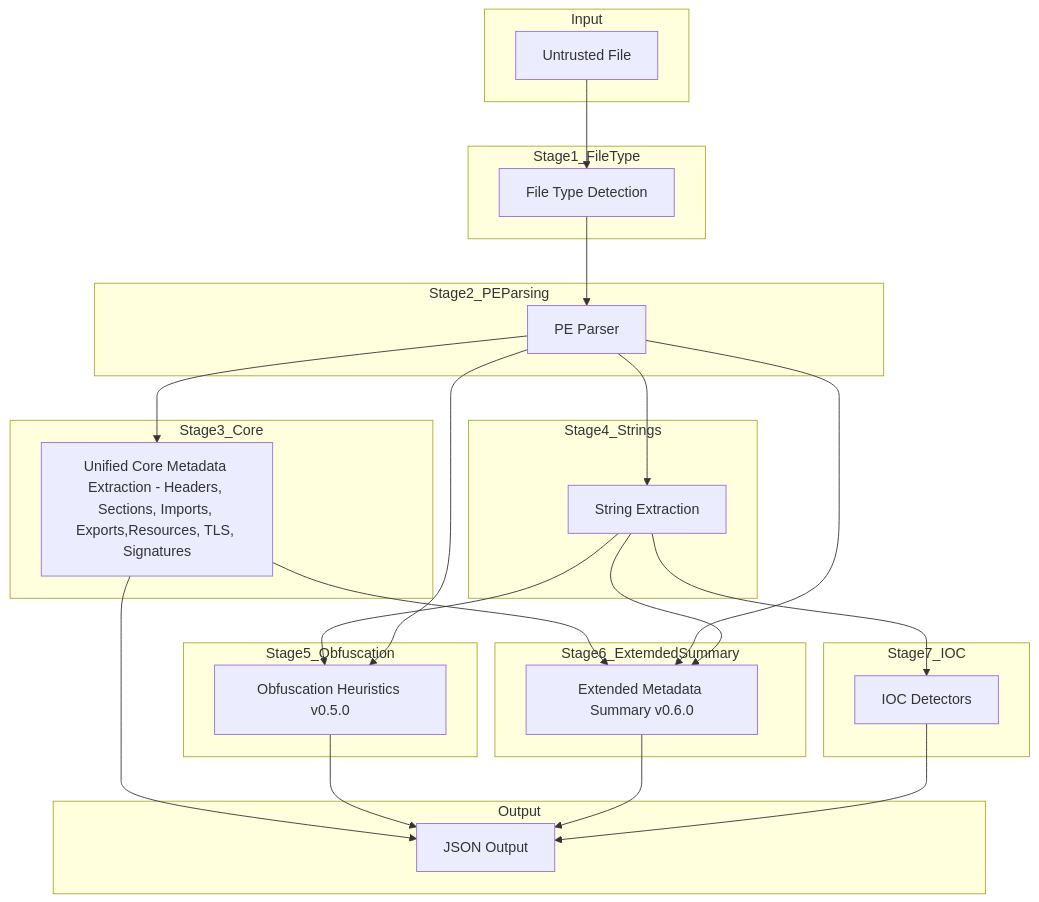
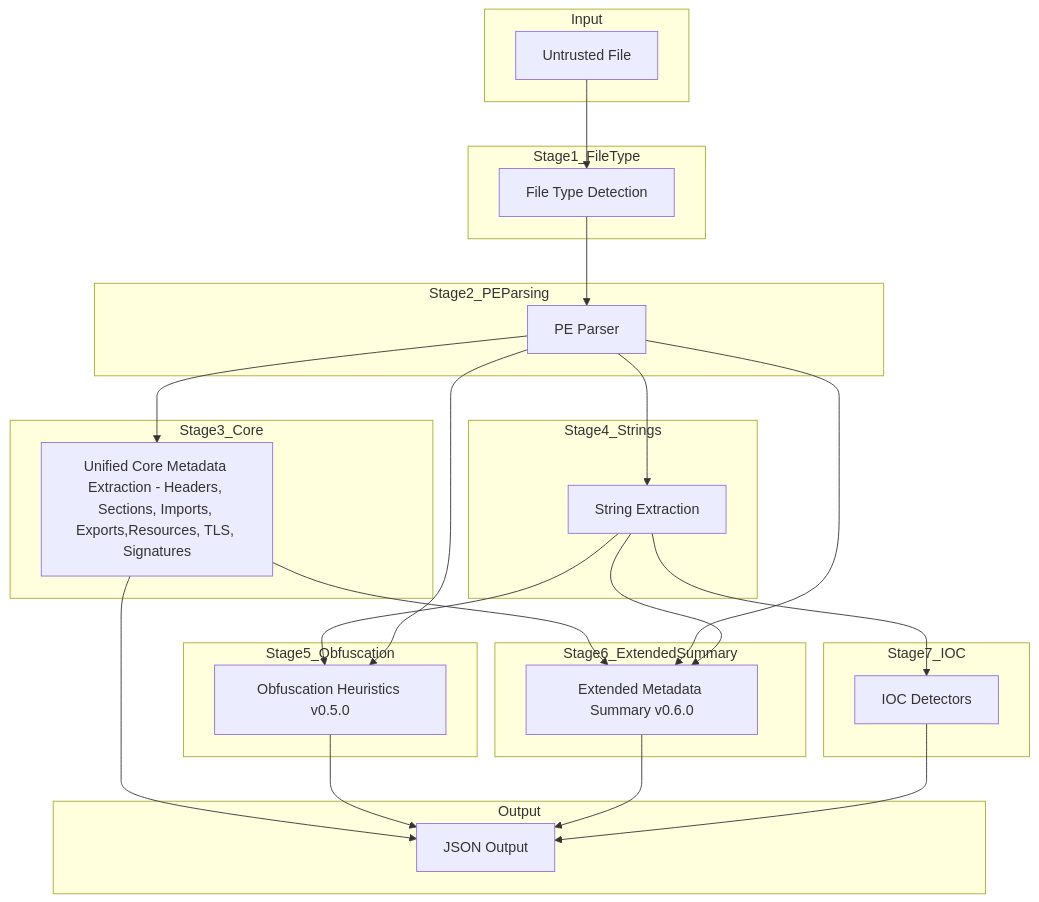
Before and after one commit to iocx-dev/iocx: the diagram in docs/pe-pipeline.md, drawn with Mermaid. The commit also changed other lines of this file, not shown here.

````diff
--- a/docs/pe-pipeline.md
+++ b/docs/pe-pipeline.md
@@ -33,59 +33,59 @@
 ```mermaid
 flowchart TD
 
     subgraph Input
         F[Untrusted File]
     end
 
     subgraph Stage1_FileType
         MAGIC[File Type Detection]
     end
 
     subgraph Stage2_PEParsing
         PE[PE Parser]
     end
 
     subgraph Stage3_Core
         CORE[Unified Core Metadata Extraction - Headers, Sections, Imports, Exports,Resources, TLS, Signatures]
     end
 
     subgraph Stage4_Strings
         STR[String Extraction]
     end
 
     subgraph Stage5_Obfuscation
         OBF[Obfuscation Heuristics v0.5.0]
     end
 
-    subgraph Stage6_ExtemdedSummary
+    subgraph Stage6_ExtendedSummary
         META6[Extended Metadata Summary v0.6.0]
     end
 
     subgraph Stage7_IOC
         DET[IOC Detectors]
     end
 
     subgraph Output
         OUT[JSON Output]
     end
 
     F --> MAGIC
     MAGIC --> PE
 
     PE --> CORE
     PE --> STR
 
     STR --> OBF
     PE --> OBF
 
     CORE --> OUT
     STR --> DET
     OBF --> OUT
 
     CORE--> META6
     PE --> META6
     STR --> META6
     META6 --> OUT
 
     DET --> OUT
 ```
````
